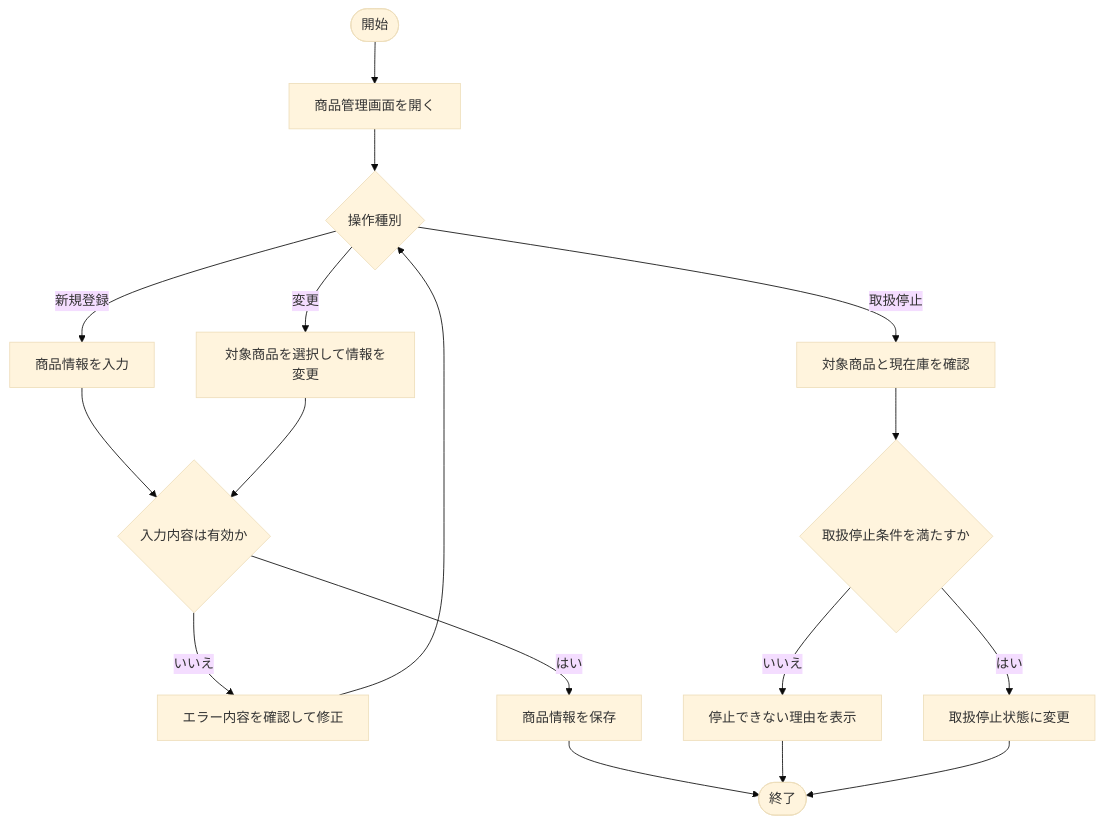
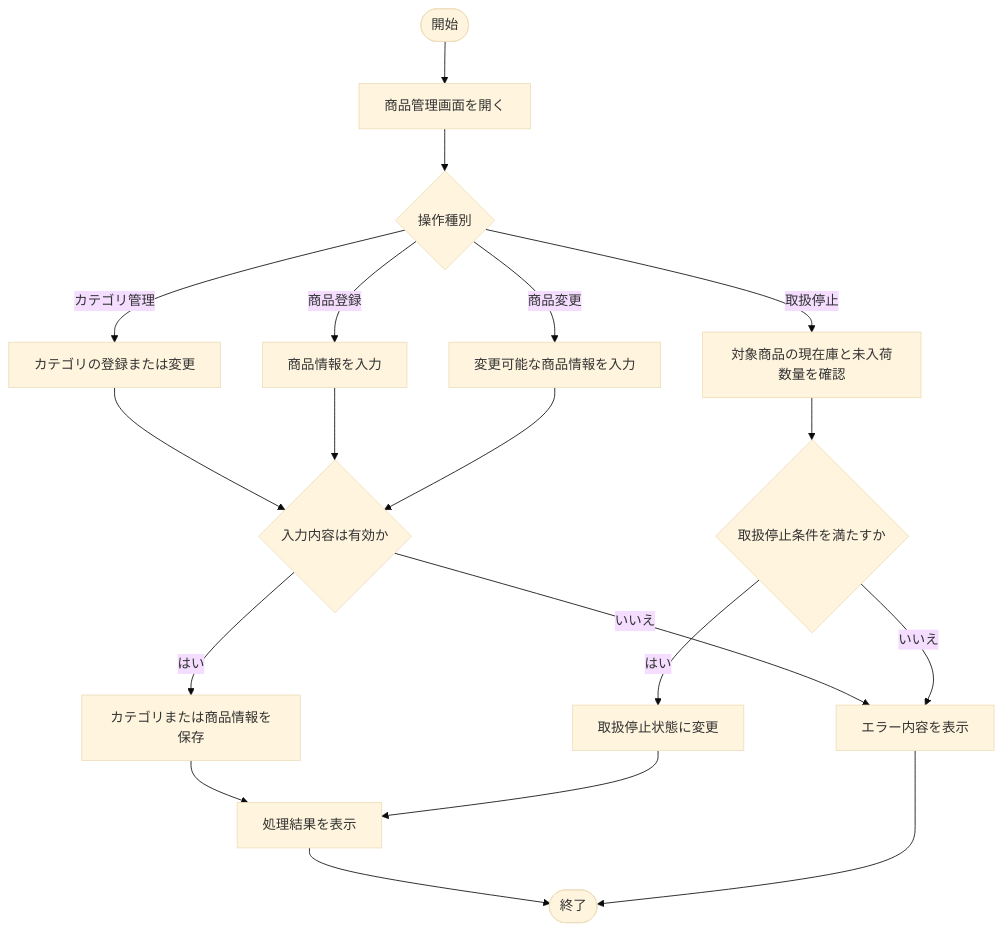
One commit to KensukeOta/StockPilot changed the fifth of 19 diagrams in docs/requirements/business-flow.md. Above: the diagram before and after it, drawn with Mermaid (base theme). The commit also changed other lines of this file and 3 other files, not shown here.

````diff
--- a/docs/requirements/business-flow.md
+++ b/docs/requirements/business-flow.md
@@ -297,19 +412,26 @@
 ```mermaid
 flowchart TD
     A([開始]) --> B[商品管理画面を開く]
     B --> C{操作種別}
-    C -->|新規登録| D[商品情報を入力]
-    C -->|変更| E[対象商品を選択して情報を変更]
-    C -->|取扱停止| F[対象商品と現在庫を確認]
-    D --> G{入力内容は有効か}
-    E --> G
-    G -->|いいえ| H[エラー内容を確認して修正]
-    H --> C
-    G -->|はい| I[商品情報を保存]
-    F --> J{取扱停止条件を満たすか}
-    J -->|いいえ| K[停止できない理由を表示]
-    J -->|はい| L[取扱停止状態に変更]
-    I --> M([終了])
-    K --> M
-    L --> M
+
+    C -->|カテゴリ管理| D[カテゴリの登録または変更]
+    C -->|商品登録| E[商品情報を入力]
+    C -->|商品変更| F[変更可能な商品情報を入力]
+    C -->|取扱停止| G[対象商品の現在庫と未入荷数量を確認]
+
+    D --> H{入力内容は有効か}
+    E --> H
+    F --> H
+
+    H -->|いいえ| X[エラー内容を表示]
+    H -->|はい| I[カテゴリまたは商品情報を保存]
+
+    G --> J{取扱停止条件を満たすか}
+    J -->|いいえ| X
+    J -->|はい| K[取扱停止状態に変更]
+
+    I --> L[処理結果を表示]
+    K --> L
+    L --> Z([終了])
+    X --> Z
 ```
````
